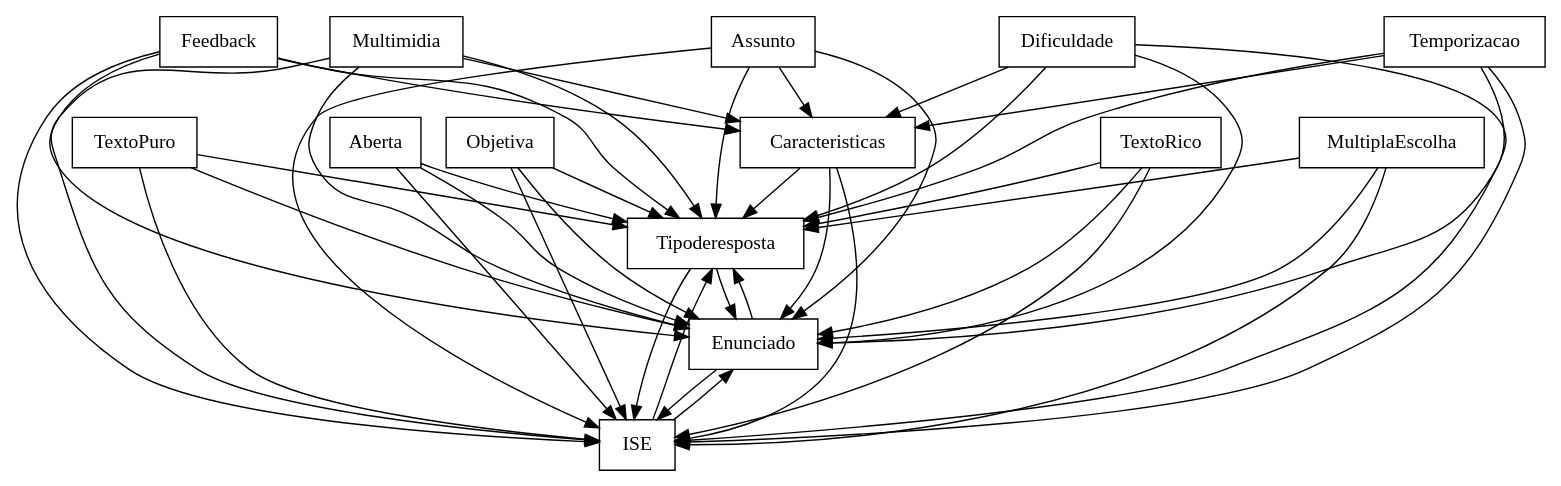
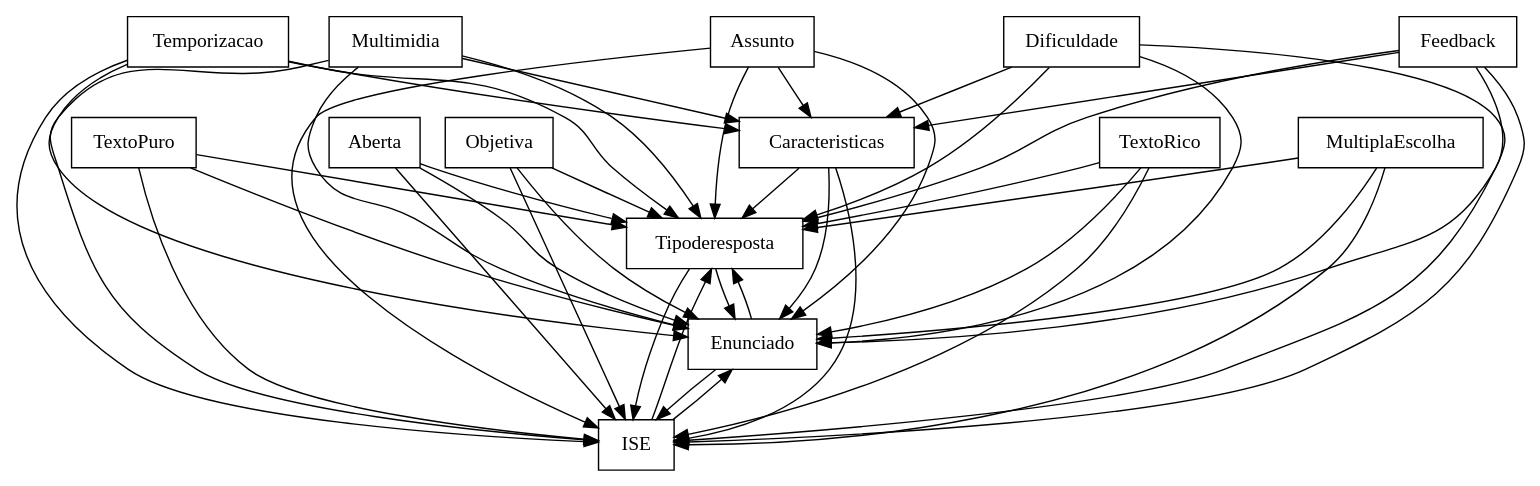
Before and after one commit to FAMILIAR-project/familiar-language: the diagram in FAMILIAR/output/SPLOT-big/fm_139_model_20120229_1103715736.xml.dot, drawn with Graphviz. The commit also changed 36 other files, not shown here.

```diff
--- a/FAMILIAR/output/SPLOT-big/fm_139_model_20120229_1103715736.xml.dot
+++ b/FAMILIAR/output/SPLOT-big/fm_139_model_20120229_1103715736.xml.dot
@@ -1,63 +1,63 @@
 digraph{
 graph [rankdir=TB];
 node [shape=box];
 edge [arrowhead=normal];
 0[label="Objetiva",]
 1[label="TextoPuro",]
 2[label="Caracteristicas",]
 3[label="TextoRico",]
 4[label="Tipoderesposta",]
 5[label="Enunciado",]
 6[label="Multimidia",]
 7[label="Aberta",]
 8[label="MultiplaEscolha",]
-9[label="ISE",]
-10[label="Dificuldade",]
-11[label="Feedback",]
-12[label="Temporizacao",]
+9[label="Dificuldade",]
+10[label="ISE",]
+11[label="Temporizacao",]
+12[label="Feedback",]
 13[label="Assunto",]
 0->4[label="",]
 0->5[label="",]
-0->9[label="",]
+0->10[label="",]
 1->4[label="",]
 1->5[label="",]
-1->9[label="",]
+1->10[label="",]
 2->4[label="",]
 2->5[label="",]
-2->9[label="",]
+2->10[label="",]
 3->4[label="",]
 3->5[label="",]
-3->9[label="",]
+3->10[label="",]
 4->5[label="",]
-4->9[label="",]
+4->10[label="",]
 5->4[label="",]
-5->9[label="",]
+5->10[label="",]
 6->2[label="",]
 6->4[label="",]
 6->5[label="",]
-6->9[label="",]
+6->10[label="",]
 7->4[label="",]
 7->5[label="",]
-7->9[label="",]
+7->10[label="",]
 8->4[label="",]
 8->5[label="",]
-8->9[label="",]
+8->10[label="",]
+9->2[label="",]
 9->4[label="",]
 9->5[label="",]
-10->2[label="",]
+9->10[label="",]
 10->4[label="",]
 10->5[label="",]
-10->9[label="",]
 11->2[label="",]
 11->4[label="",]
 11->5[label="",]
-11->9[label="",]
+11->10[label="",]
 12->2[label="",]
 12->4[label="",]
 12->5[label="",]
-12->9[label="",]
+12->10[label="",]
 13->2[label="",]
 13->4[label="",]
 13->5[label="",]
-13->9[label="",]
+13->10[label="",]
 }
```
